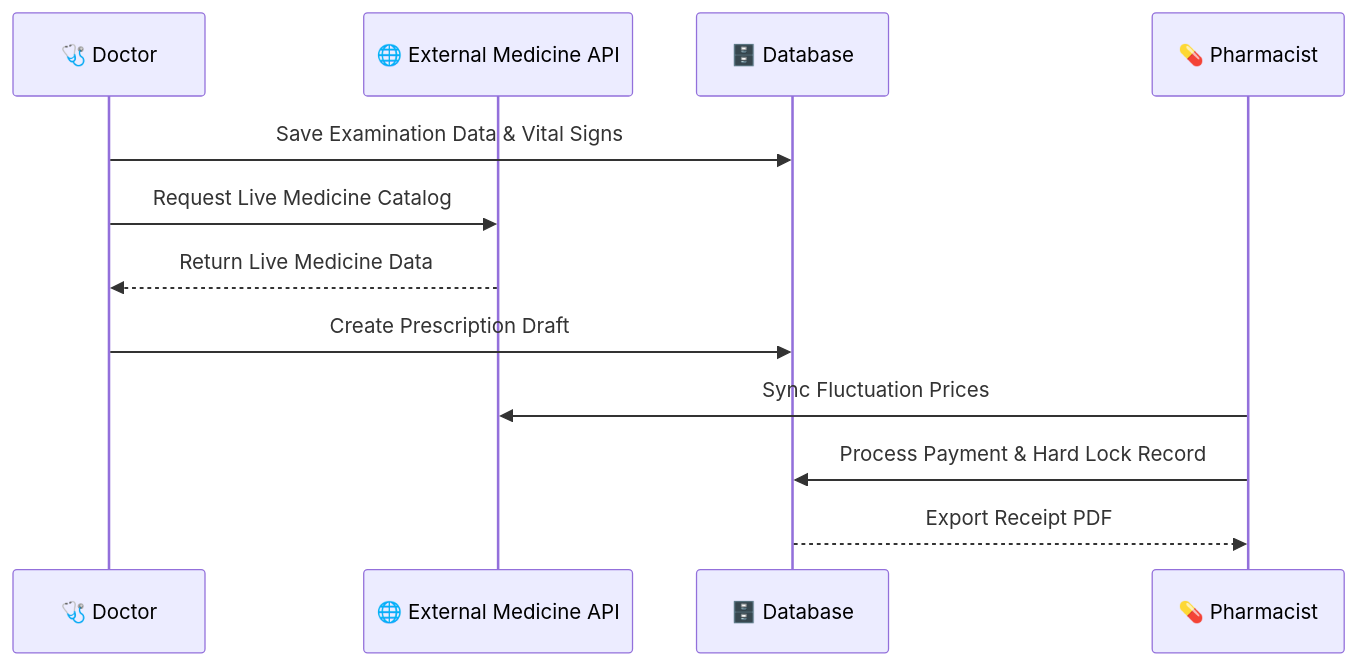
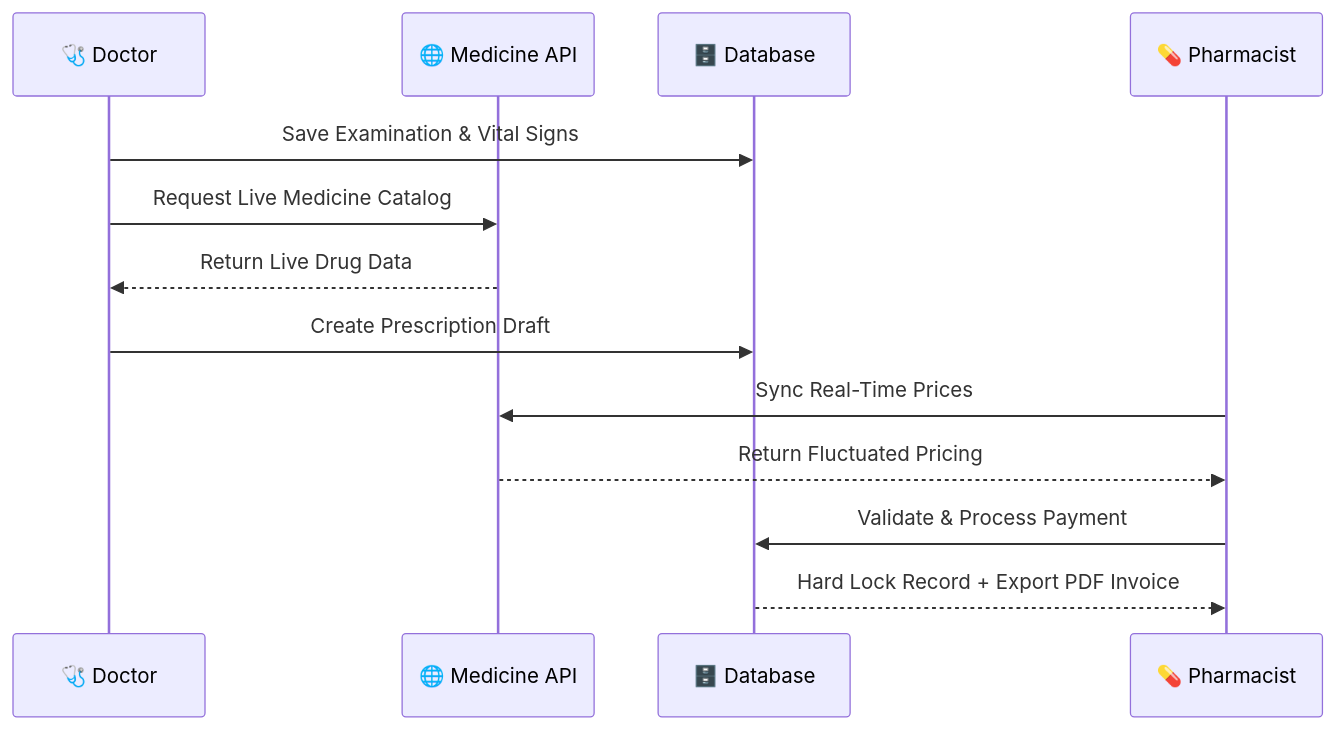
One commit to sunkcoast/medication-prescribing-web-app changed the first of 2 diagrams in README.md. Above: the diagram before and after it, drawn with Mermaid. The commit also changed other lines of this file, not shown here.

````diff
--- a/README.md
+++ b/README.md
@@ -99,15 +68,17 @@
 ```mermaid
 sequenceDiagram
-    participant D as 🩺 Doctor
-    participant API as 🌐 External Medicine API
-    participant DB as 🗄️ Database
-    participant A as 💊 Pharmacist
+    participant D  as 🩺 Doctor
+    participant API as 🌐 Medicine API
+    participant DB  as 🗄️ Database
+    participant P  as 💊 Pharmacist
 
-    D->>DB: Save Examination Data & Vital Signs
+    D->>DB: Save Examination & Vital Signs
     D->>API: Request Live Medicine Catalog
-    API-->>D: Return Live Medicine Data
+    API-->>D: Return Live Drug Data
     D->>DB: Create Prescription Draft
-    A->>API: Sync Fluctuation Prices
-    A->>DB: Process Payment & Hard Lock Record
-    DB-->>A: Export Receipt PDF
+
+    P->>API: Sync Real-Time Prices
+    API-->>P: Return Fluctuated Pricing
+    P->>DB: Validate & Process Payment
+    DB-->>P: Hard Lock Record + Export PDF Invoice
 ```
````
